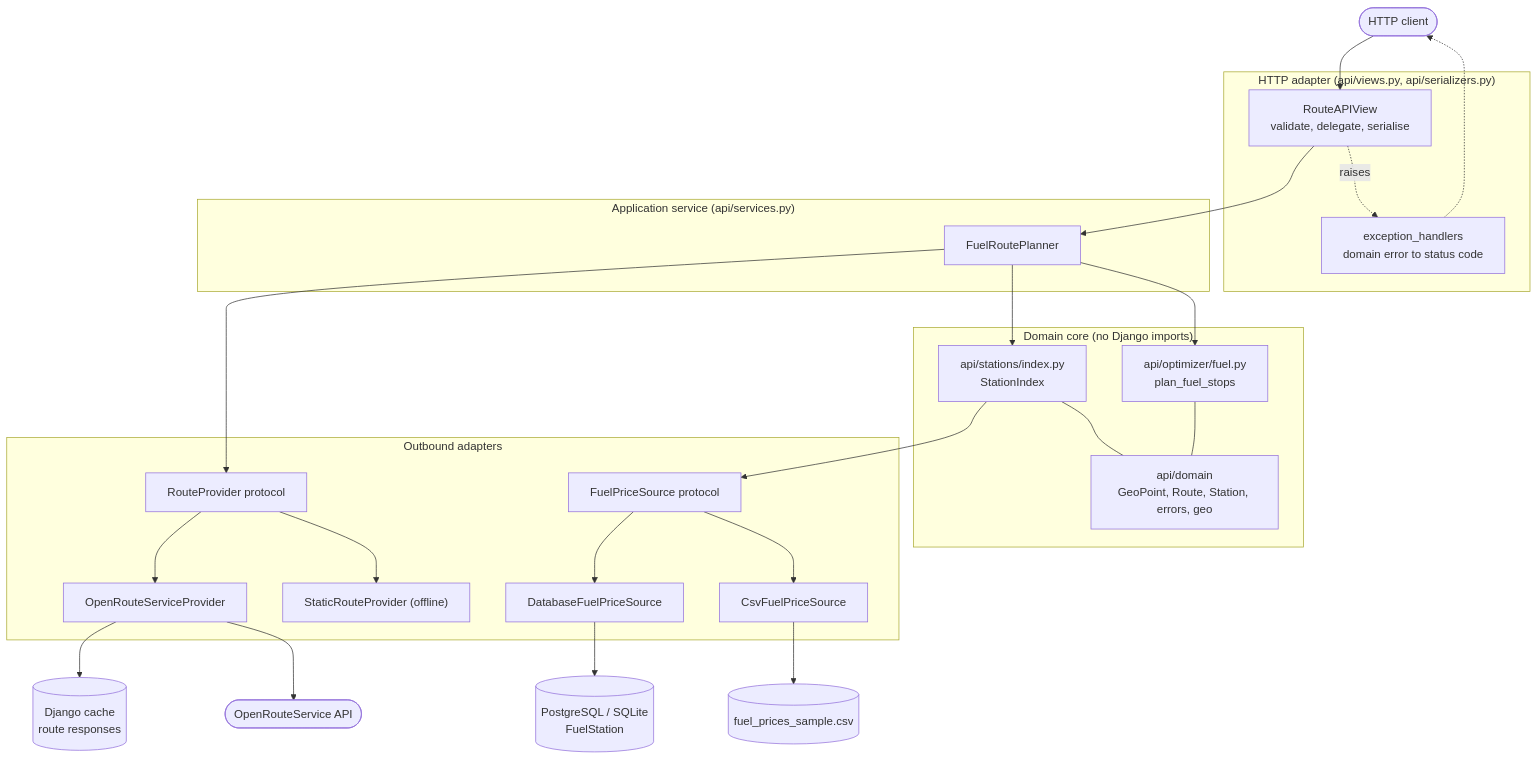
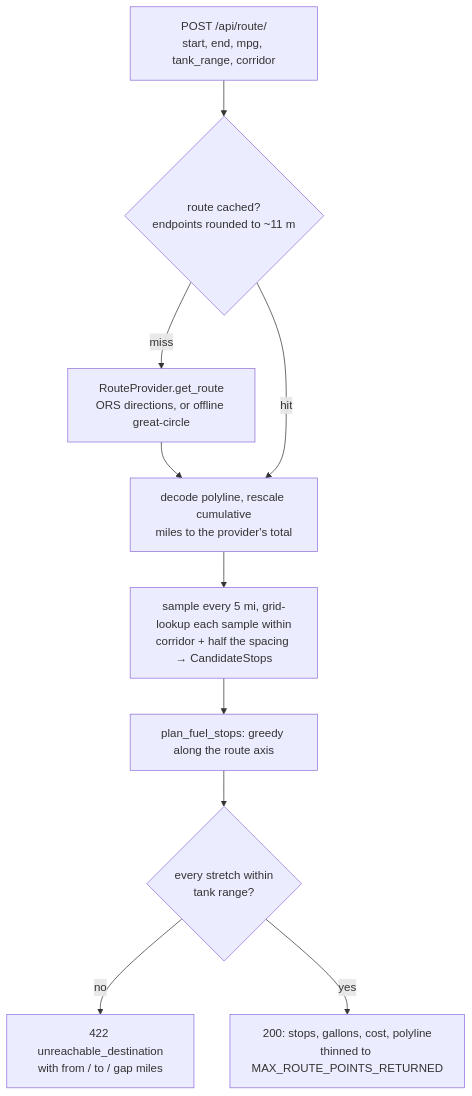
One commit to dev-sas002/route-fuel-cost-api changed the first of 2 diagrams in README.md. Above: the diagram before and after it, drawn with Mermaid. The commit also changed other lines of this file, not shown here.

````diff
--- a/README.md
+++ b/README.md
@@ -131,50 +72,19 @@
 ```mermaid
 flowchart TD
-    Client([HTTP client])
+    Req["POST /api/route/<br/>start, end, mpg, tank_range, corridor"]
+    Cache{"route cached?<br/>endpoints rounded to ~11 m"}
+    Provider["RouteProvider.get_route<br/>ORS directions, or offline great-circle"]
+    Miles["decode polyline, rescale cumulative<br/>miles to the provider's total"]
+    Match["sample every 5 mi, grid-lookup each sample within<br/>corridor + half the spacing → CandidateStops"]
+    Plan["plan_fuel_stops: greedy along the route axis"]
+    Feasible{"every stretch within<br/>tank range?"}
+    Err["422 unreachable_destination<br/>with from / to / gap miles"]
+    Ok["200: stops, gallons, cost, polyline<br/>thinned to MAX_ROUTE_POINTS_RETURNED"]
 
-    subgraph http["HTTP adapter (api/views.py, api/serializers.py)"]
-        View["RouteAPIView<br/>validate, delegate, serialise"]
-        Errors["exception_handlers<br/>domain error to status code"]
-    end
-
-    subgraph app["Application service (api/services.py)"]
-        Planner["FuelRoutePlanner"]
-    end
-
-    subgraph core["Domain core (no Django imports)"]
-        Optimizer["api/optimizer/fuel.py<br/>plan_fuel_stops"]
-        Index["api/stations/index.py<br/>StationIndex"]
-        Types["api/domain<br/>GeoPoint, Route, Station, errors, geo"]
-    end
-
-    subgraph adapters["Outbound adapters"]
-        RP["RouteProvider protocol"]
-        ORS["OpenRouteServiceProvider"]
-        Static["StaticRouteProvider (offline)"]
-        FS["FuelPriceSource protocol"]
-        DBSrc["DatabaseFuelPriceSource"]
-        CSVSrc["CsvFuelPriceSource"]
-    end
-
-    Cache[("Django cache<br/>route responses")]
-    DB[("PostgreSQL / SQLite<br/>FuelStation")]
-    CSV[("fuel_prices_sample.csv")]
-    ORSAPI(["OpenRouteService API"])
-
-    Client --> View --> Planner
-    View -.->|raises| Errors -.-> Client
-    Planner --> RP
-    Planner --> Index
-    Planner --> Optimizer
-    Index --> FS
-    Optimizer --- Types
-    Index --- Types
-    RP --> ORS
-    RP --> Static
-    FS --> DBSrc
-    FS --> CSVSrc
-    ORS --> Cache
-    ORS --> ORSAPI
-    DBSrc --> DB
-    CSVSrc --> CSV
+    Req --> Cache
+    Cache -- miss --> Provider --> Miles
+    Cache -- hit --> Miles
+    Miles --> Match --> Plan --> Feasible
+    Feasible -- no --> Err
+    Feasible -- yes --> Ok
 ```
````
